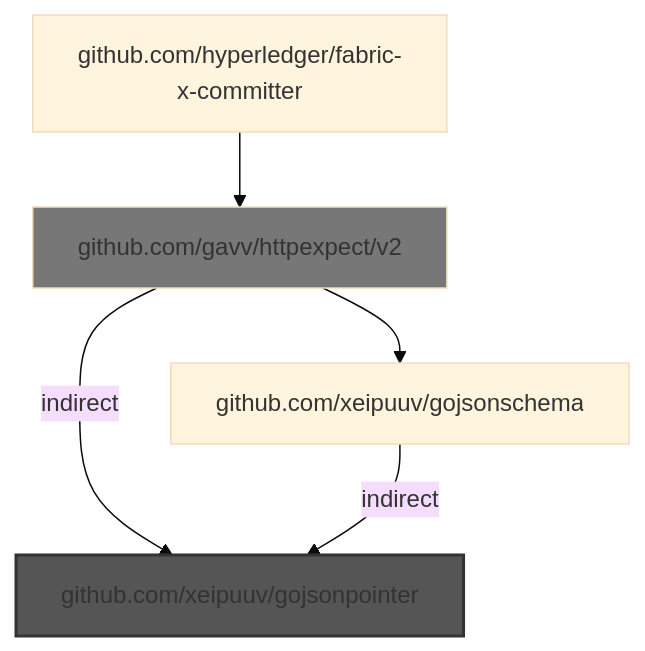
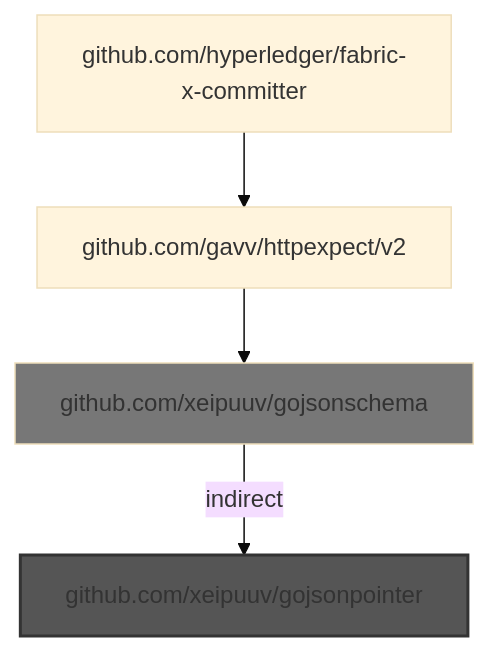
One commit to liran-funaro/fabric-x-committer changed diagram 16 of 18 in bad-imports-analysis.md. Above: the diagram before and after it, drawn with Mermaid (base theme). The commit also changed other lines of this file and 2 other files, not shown here.

````diff
--- a/bad-imports-analysis.md
+++ b/bad-imports-analysis.md
@@ -1723,9 +2680,8 @@
 ```mermaid
 graph TD
     github.com/gavv/httpexpect/v2 --> github.com/xeipuuv/gojsonschema
-    github.com/gavv/httpexpect/v2 -->|indirect| github.com/xeipuuv/gojsonpointer
     github.com/hyperledger/fabric-x-committer --> github.com/gavv/httpexpect/v2
     github.com/xeipuuv/gojsonschema -->|indirect| github.com/xeipuuv/gojsonpointer
     style github.com/xeipuuv/gojsonpointer fill:#555,stroke:#333,stroke-width:2px
-    style github.com/gavv/httpexpect/v2 fill:#777
+    style github.com/xeipuuv/gojsonschema fill:#777
 ```
````
